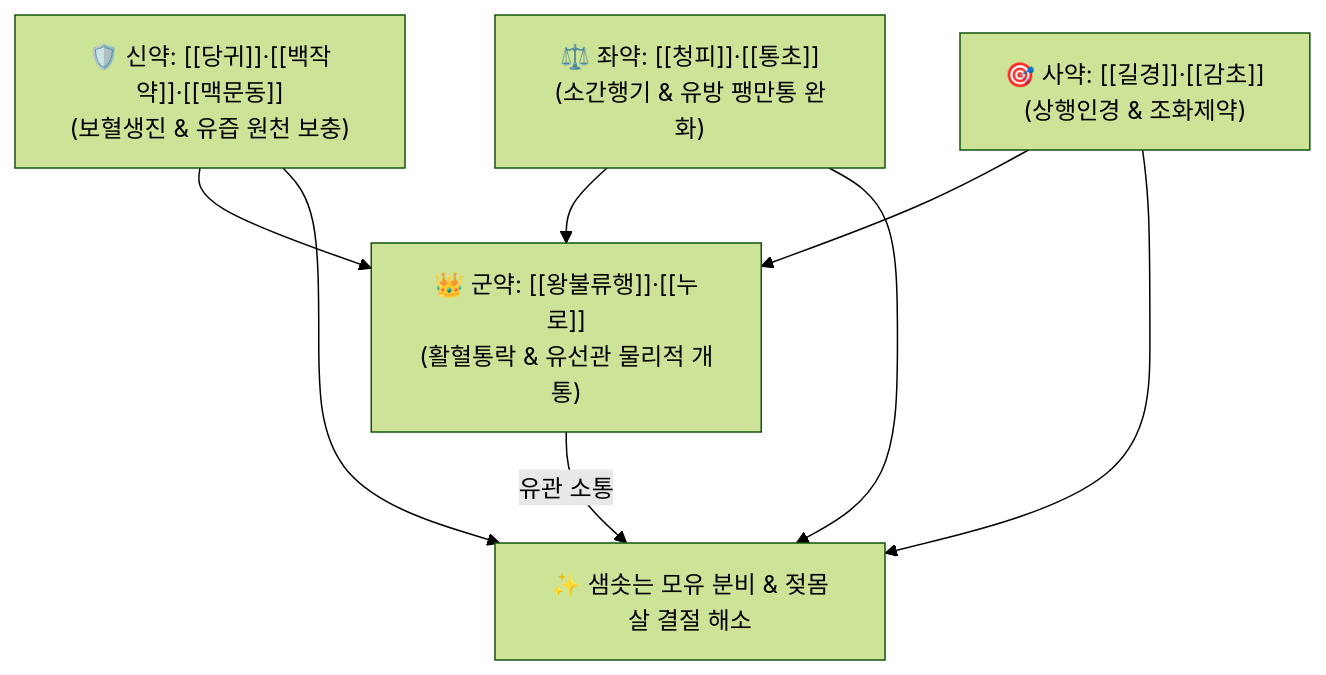
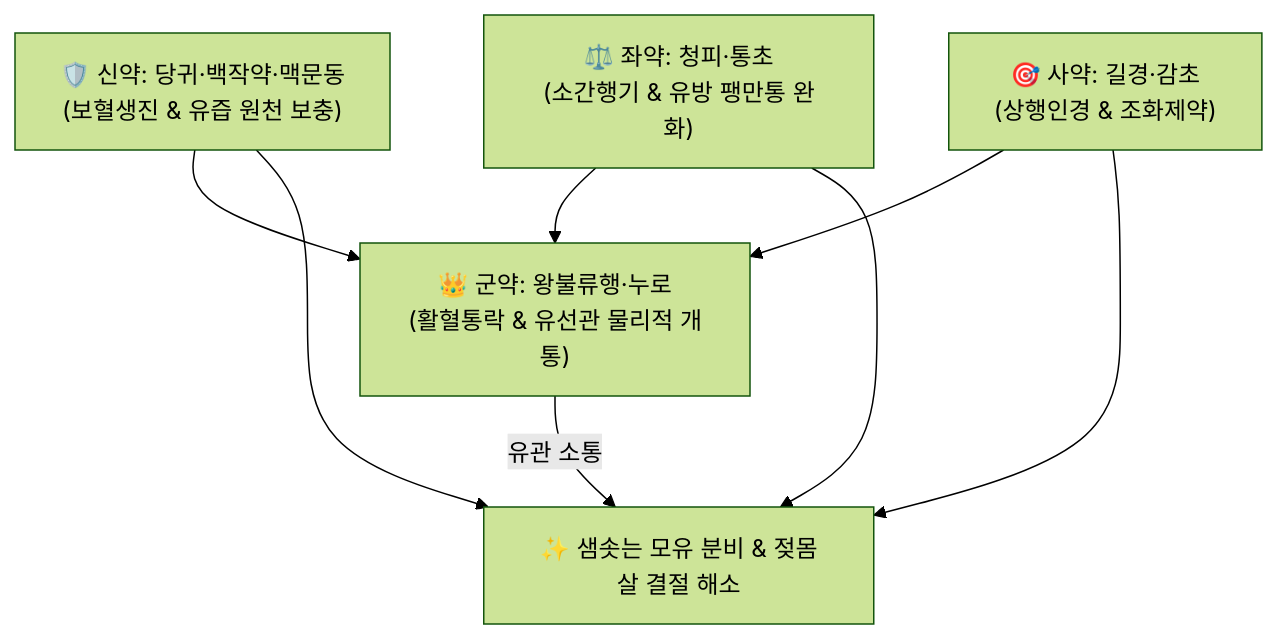
The diagram in content/2. 약리 공부/처방/02_보익제/하유용천산.md (simbio11/simbio-digital-garden2), drawn with Mermaid (forest theme) before and after one commit. The commit also changed other lines of this file and 323 other files, not shown here.

````diff
--- a/content/2. 약리 공부/처방/02_보익제/하유용천산.md
+++ b/content/2. 약리 공부/처방/02_보익제/하유용천산.md
@@ -50,8 +51,8 @@
 ```mermaid
 graph TD
-    Gun["👑 군약: [[왕불류행]]·[[누로]]<br>(활혈통락 & 유선관 물리적 개통)"] -->|유관 소통| Target["✨ 샘솟는 모유 분비 & 젖몸살 결절 해소"]
-    Sin["🛡️ 신약: [[당귀]]·[[백작약]]·[[맥문동]]<br>(보혈생진 & 유즙 원천 보충)"] --> Gun
-    Jwa["⚖️ 좌약: [[청피]]·[[통초]]<br>(소간행기 & 유방 팽만통 완화)"] --> Gun
-    Sa["🎯 사약: [[길경]]·[[감초]]<br>(상행인경 & 조화제약)"] --> Gun
+    Gun["👑 군약: 왕불류행·누로<br>(활혈통락 & 유선관 물리적 개통)"] -->|유관 소통| Target["✨ 샘솟는 모유 분비 & 젖몸살 결절 해소"]
+    Sin["🛡️ 신약: 당귀·백작약·맥문동<br>(보혈생진 & 유즙 원천 보충)"] --> Gun
+    Jwa["⚖️ 좌약: 청피·통초<br>(소간행기 & 유방 팽만통 완화)"] --> Gun
+    Sa["🎯 사약: 길경·감초<br>(상행인경 & 조화제약)"] --> Gun
     Sin & Jwa & Sa --> Target
 ```
````
